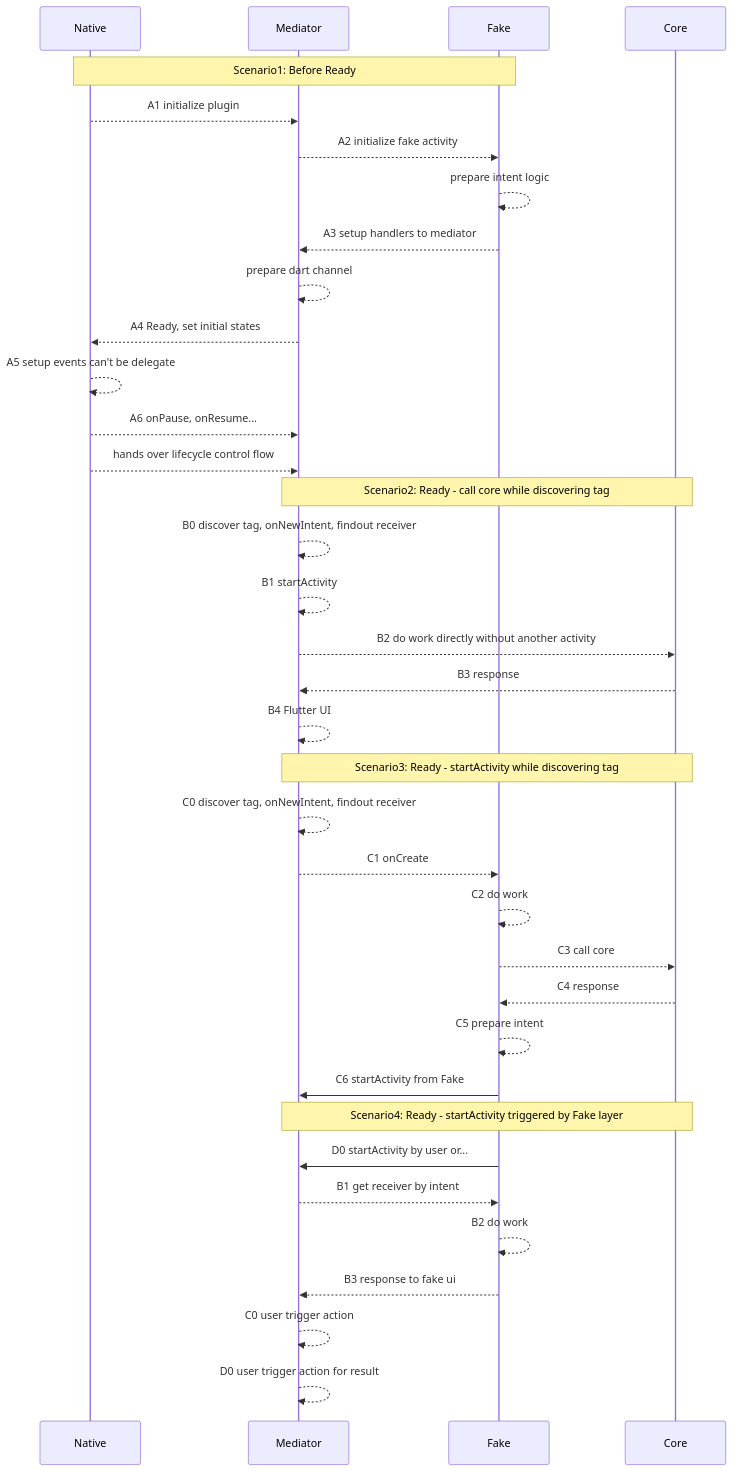
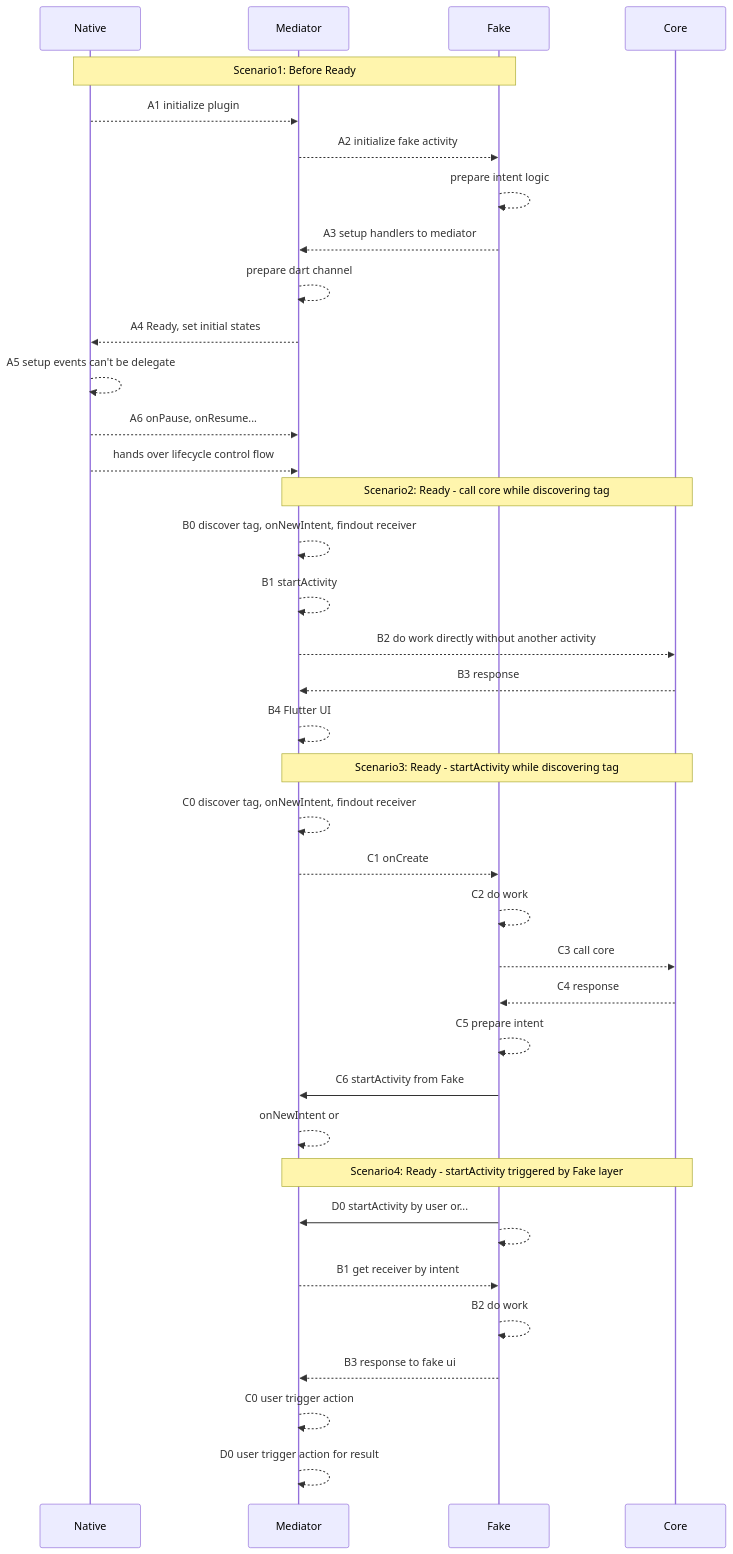
One commit to gordianknotC/nxp_note changed the second of 2 diagrams in flutter/addActivityResultListener.md. Above: the diagram before and after it, drawn with Mermaid. The commit also changed other lines of this file, not shown here.

````diff
--- a/flutter/addActivityResultListener.md
+++ b/flutter/addActivityResultListener.md
@@ -55,57 +55,58 @@
 ```mermaid
 sequenceDiagram
 participant Native
 participant Mediator
 participant Fake
 participant Core
 
 
 Note over Native, Fake: Scenario1: Before Ready
 
 Native -->> Mediator: A1 initialize plugin
 Mediator -->> Fake: A2 initialize fake activity
 Fake -->> Fake: prepare intent logic
 Fake -->> Mediator: A3 setup handlers to mediator
 Mediator -->> Mediator: prepare dart channel
 Mediator -->> Native: A4 Ready, set initial states
 Native -->> Native: A5 setup events can't be delegate
 Native -->> Mediator: A6 onPause, onResume...
 Native -->> Mediator: hands over lifecycle control flow
 
 
 Note over Mediator, Core: Scenario2: Ready - call core while discovering tag 
 
 Mediator-->> Mediator: B0 discover tag, onNewIntent, findout receiver
 Mediator-->>Mediator: B1 startActivity
 Mediator-->>Core: B2 do work directly without another activity
 Core-->>Mediator: B3 response
 Mediator-->>Mediator: B4 Flutter UI
 
 
 Note over Mediator, Core: Scenario3: Ready - startActivity while discovering tag
 
 Mediator-->> Mediator: C0 discover tag, onNewIntent, findout receiver
 Mediator-->>Fake: C1 onCreate
 Fake-->>Fake: C2 do work
 Fake-->>Core:C3 call core
 Core-->>Fake:C4 response
 Fake-->>Fake:C5 prepare intent
 Fake->>Mediator: C6 startActivity from Fake
-
+Mediator-->>Mediator: onNewIntent or
 
 Note over Mediator, Core: Scenario4: Ready - startActivity triggered by Fake layer
 
 Fake->>Mediator: D0 startActivity by user or...
+Fake-->>Fake: 
 
 
 Mediator-->>Fake: B1 get receiver by intent
 Fake-->>Fake:B2 do work
 
 Fake-->>Mediator:B3 response to fake ui
 
  
  Mediator-->>Mediator: C0 user trigger action
  
  Mediator-->>Mediator: D0 user trigger action for result
 
 ```
````
